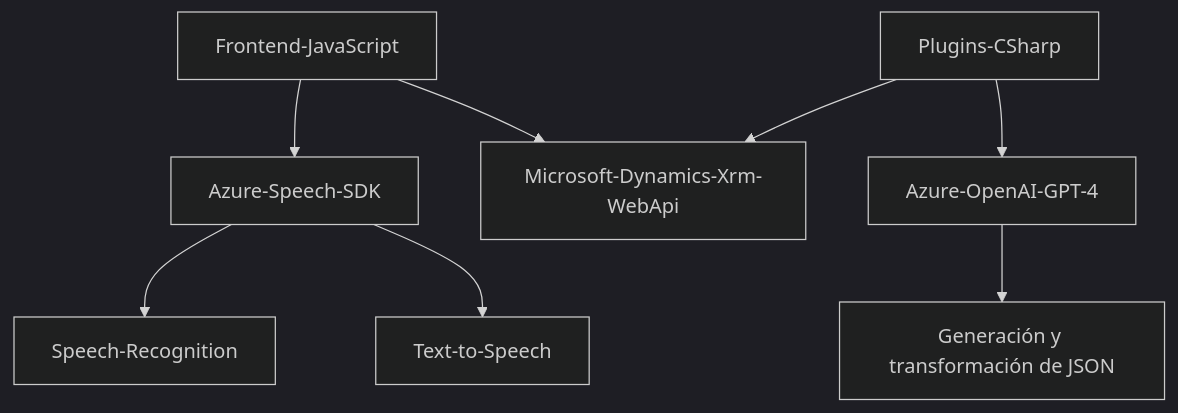
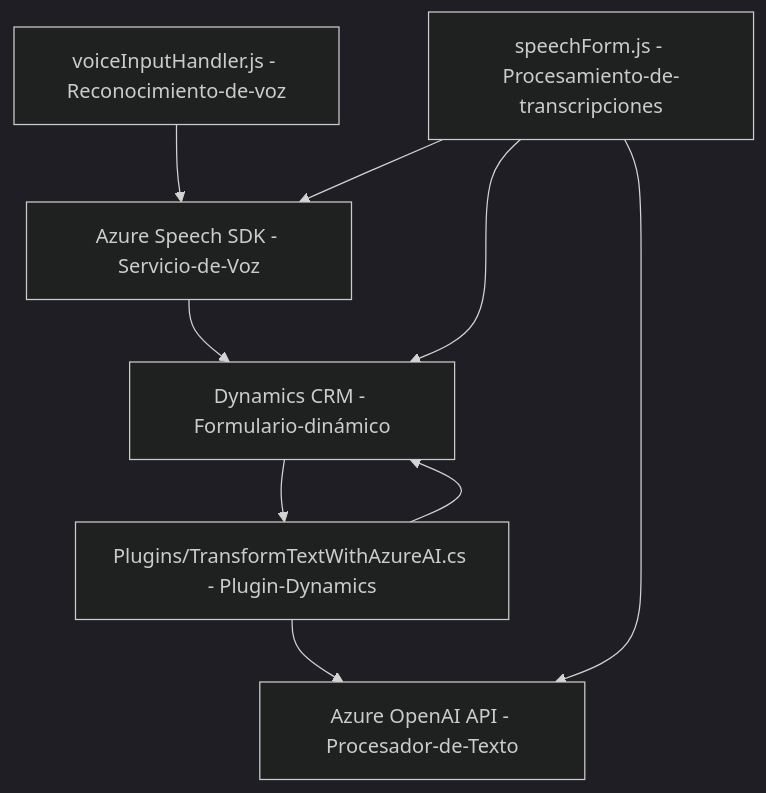
The diagram in README.md (blopezdm/NETCORE_BILBAO2025), drawn with Mermaid (dark theme) before and after one commit. The commit also changed other lines of this file, not shown here.

````diff
--- a/README.md
+++ b/README.md
@@ -40,10 +48,18 @@
 ```mermaid
 graph TD
-    A["Frontend-JavaScript"] --> B["Azure-Speech-SDK"]
-    A --> C["Microsoft-Dynamics-Xrm-WebApi"]
-    F["Plugins-CSharp"] --> E["Azure-OpenAI-GPT-4"]
-    F --> C
-    B --> D["Speech-Recognition"]
-    B --> G["Text-to-Speech"]
-    E --> H["Generación y transformación de JSON"]
+  A["voiceInputHandler.js - Reconocimiento-de-voz"]
+  B["speechForm.js - Procesamiento-de-transcripciones"]
+  C["Azure Speech SDK - Servicio-de-Voz"]
+  D["Plugins/TransformTextWithAzureAI.cs - Plugin-Dynamics"]
+  E["Azure OpenAI API - Procesador-de-Texto"]
+  F["Dynamics CRM - Formulario-dinámico"]
+
+  A --> C
+  B --> C
+  C --> F
+  B --> F
+  B --> E
+  D --> E
+  D --> F
+  F --> D
 ```
````
